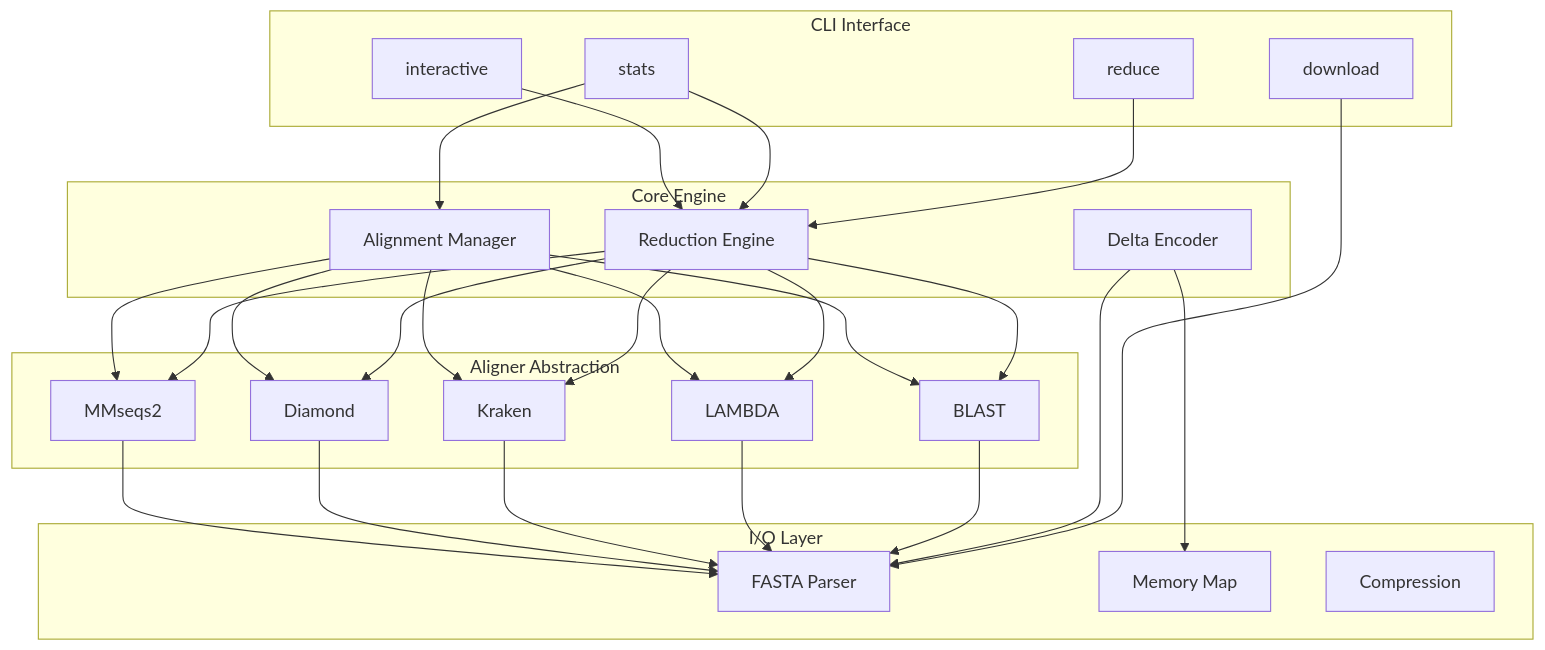
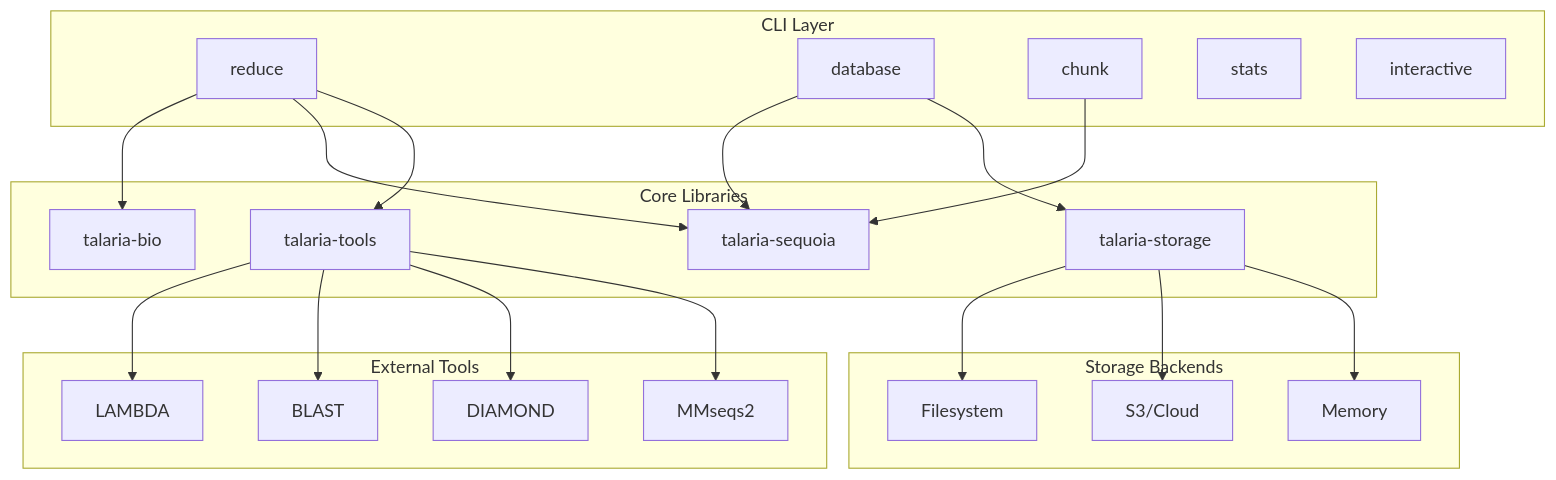
The second of 3 diagrams in docs/src/development/architecture.md (bfowle/talaria), drawn with Mermaid before and after one commit. The commit also changed other lines of this file and 472 other files, not shown here.

Commit message:
refactor!: major architectural overhaul of core systems

````diff
--- a/docs/src/development/architecture.md
+++ b/docs/src/development/architecture.md
@@ -7,56 +176,46 @@
 ```mermaid
 graph TB
-    subgraph "CLI Interface"
+    subgraph "CLI Layer"
         A1[reduce]
-        A2[stats]
-        A3[download]
-        A4[interactive]
+        A2[database]
+        A3[chunk]
+        A4[stats]
+        A5[interactive]
     end
-    
-    subgraph "Core Engine"
-        B1[Reduction Engine]
-        B2[Alignment Manager]
-        B3[Delta Encoder]
+
+    subgraph "Core Libraries"
+        B1[talaria-bio]
+        B2[talaria-sequoia]
+        B3[talaria-tools]
+        B4[talaria-storage]
     end
-    
-    subgraph "Aligner Abstraction"
-        C1[BLAST]
-        C2[LAMBDA]
-        C3[Kraken]
-        C4[Diamond]
-        C5[MMseqs2]
+
+    subgraph "External Tools"
+        C1[LAMBDA]
+        C2[BLAST]
+        C3[DIAMOND]
+        C4[MMseqs2]
     end
-    
-    subgraph "I/O Layer"
-        D1[FASTA Parser]
-        D2[Memory Map]
-        D3[Compression]
+
+    subgraph "Storage Backends"
+        D1[Filesystem]
+        D2[S3/Cloud]
+        D3[Memory]
     end
-    
+
     A1 --> B1
-    A2 --> B1
+    A1 --> B2
+    A1 --> B3
     A2 --> B2
-    A3 --> D1
-    A4 --> B1
-    
-    B1 --> C1
-    B1 --> C2
-    B1 --> C3
-    B1 --> C4
-    B1 --> C5
-    
-    B2 --> C1
-    B2 --> C2
-    B2 --> C3
-    B2 --> C4
-    B2 --> C5
-    
-    B3 --> D1
-    B3 --> D2
-    
-    C1 --> D1
-    C2 --> D1
-    C3 --> D1
-    C4 --> D1
-    C5 --> D1
+    A2 --> B4
+    A3 --> B2
+
+    B3 --> C1
+    B3 --> C2
+    B3 --> C3
+    B3 --> C4
+
+    B4 --> D1
+    B4 --> D2
+    B4 --> D3
 ```
````
